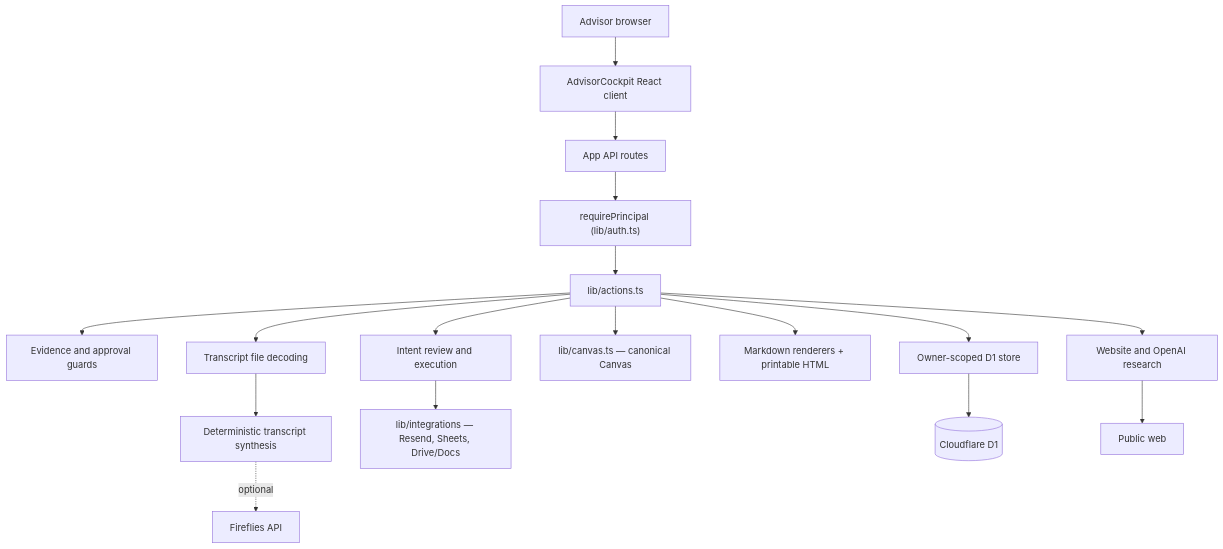
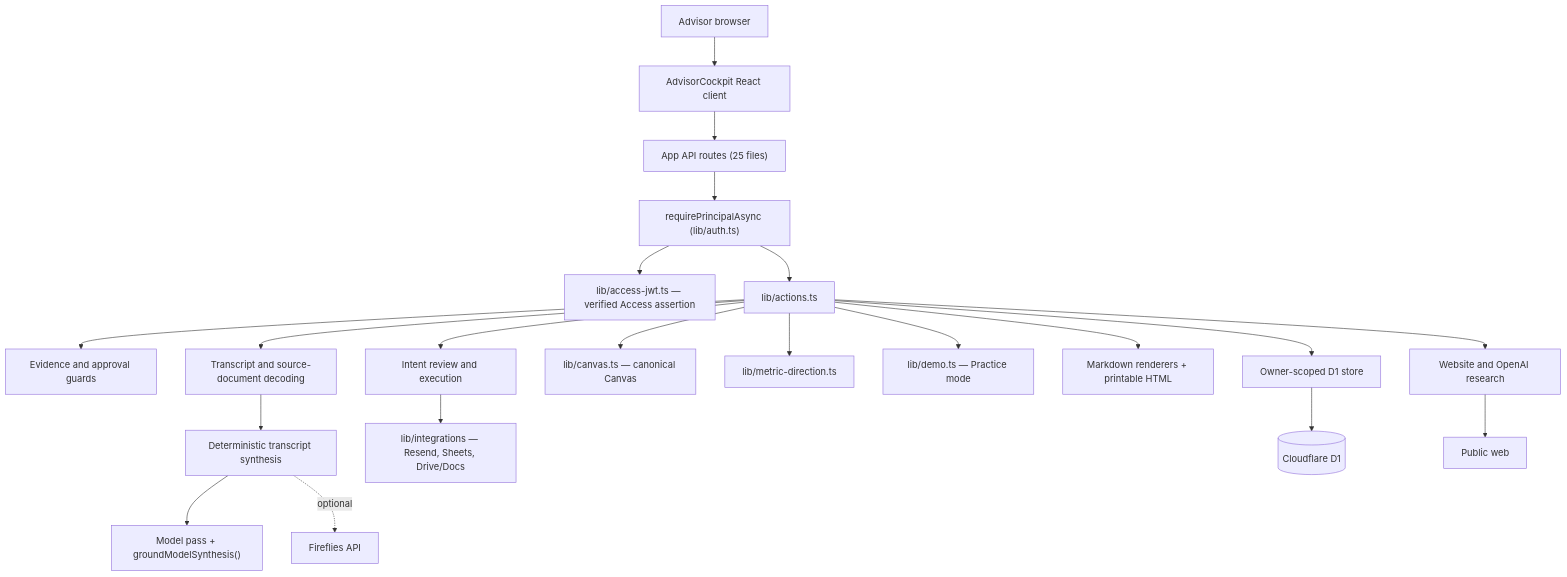
Before and after one commit to mattrob333/ConstraintAudit: the first of 3 diagrams in openwiki/architecture/system-overview.md, drawn with Mermaid. The commit also changed other lines of this file and 1 other file, not shown here.

First line of the commit message:
Re-ground the wiki quickstart and architecture pages against the source

````diff
--- a/openwiki/architecture/system-overview.md
+++ b/openwiki/architecture/system-overview.md
@@ -14,19 +16,23 @@
 ```mermaid
 flowchart TB
     Browser["Advisor browser"] --> UI["AdvisorCockpit React client"]
-    UI --> API["App API routes"]
-    API --> Auth["requirePrincipal (lib/auth.ts)"]
+    UI --> API["App API routes (25 files)"]
+    API --> Auth["requirePrincipalAsync (lib/auth.ts)"]
+    Auth --> Access["lib/access-jwt.ts — verified Access assertion"]
     Auth --> Actions["lib/actions.ts"]
     Actions --> Guards["Evidence and approval guards"]
     Actions --> Research["Website and OpenAI research"]
-    Actions --> Files["Transcript file decoding"]
-    Files --> Transcript["Deterministic transcript synthesis"]
+    Actions --> Files["Transcript and source-document decoding"]
+    Files --> Det["Deterministic transcript synthesis"]
+    Det --> Model["Model pass + groundModelSynthesis()"]
     Actions --> Canvas["lib/canvas.ts — canonical Canvas"]
+    Actions --> Direction["lib/metric-direction.ts"]
+    Actions --> Demo["lib/demo.ts — Practice mode"]
     Actions --> Docs["Markdown renderers + printable HTML"]
     Actions --> Intents["Intent review and execution"]
     Intents --> Adapters["lib/integrations — Resend, Sheets, Drive/Docs"]
     Actions --> Store["Owner-scoped D1 store"]
     Store --> DB[("Cloudflare D1")]
     Research --> Web["Public web"]
-    Transcript -. optional .-> Fireflies["Fireflies API"]
+    Det -. optional .-> Fireflies["Fireflies API"]
 ```
````
